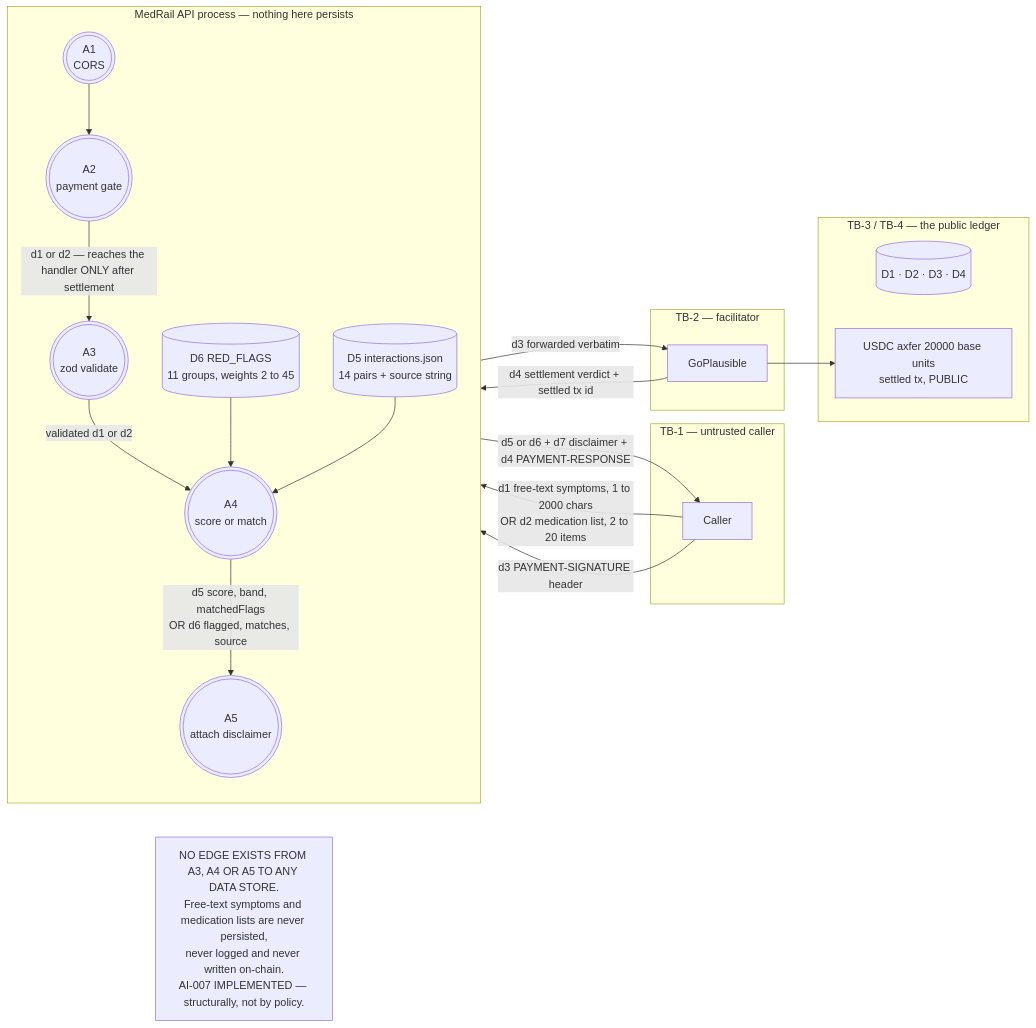
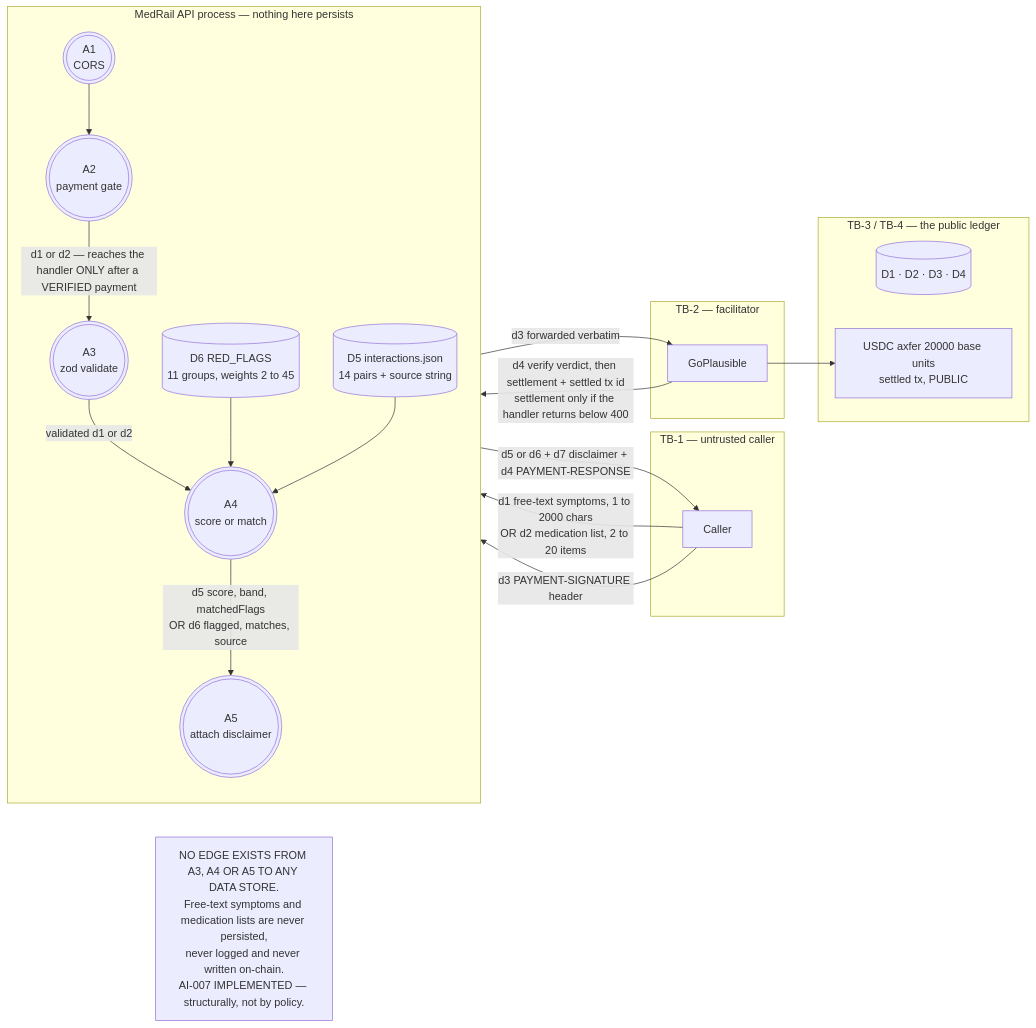
The third of 4 diagrams in docs/03_Architecture/Data_Flow_Diagrams.md (Hydra-Of-Malice/Medrail), drawn with Mermaid before and after one commit. The commit also changed other lines of this file and 77 other files, not shown here.

````diff
--- a/docs/03_Architecture/Data_Flow_Diagrams.md
+++ b/docs/03_Architecture/Data_Flow_Diagrams.md
@@ -193,41 +185,41 @@
 ```mermaid
 flowchart LR
     subgraph TB1["TB-1 — untrusted caller"]
         C["Caller"]
     end
 
     subgraph API["MedRail API process — nothing here persists"]
         direction TB
         A1((("A1<br/>CORS")))
         A2((("A2<br/>payment gate")))
         A3((("A3<br/>zod validate")))
         A4((("A4<br/>score or match")))
         A5((("A5<br/>attach disclaimer")))
         DS1[("D6 RED_FLAGS<br/>11 groups, weights 2 to 45")]
         DS2[("D5 interactions.json<br/>14 pairs + source string")]
     end
 
     subgraph TB2["TB-2 — facilitator"]
         F["GoPlausible"]
     end
 
     subgraph TB34["TB-3 / TB-4 — the public ledger"]
         L[("D1 · D2 · D3 · D4")]
         PAY["USDC axfer 20000 base units<br/>settled tx, PUBLIC"]
     end
 
     C -->|"d1 free-text symptoms, 1 to 2000 chars<br/>OR d2 medication list, 2 to 20 items"| A1
     C -->|"d3 PAYMENT-SIGNATURE header"| A1
     A1 --> A2
     A2 -->|"d3 forwarded verbatim"| F
-    F -->|"d4 settlement verdict + settled tx id"| A2
+    F -->|"d4 verify verdict, then settlement + settled tx id<br/>settlement only if the handler returns below 400"| A2
     F --> PAY
-    A2 -->|"d1 or d2 — reaches the handler ONLY after settlement"| A3
+    A2 -->|"d1 or d2 — reaches the handler ONLY after a VERIFIED payment"| A3
     A3 -->|"validated d1 or d2"| A4
     DS1 --> A4
     DS2 --> A4
     A4 -->|"d5 score, band, matchedFlags<br/>OR d6 flagged, matches, source"| A5
     A5 -->|"d5 or d6 + d7 disclaimer + d4 PAYMENT-RESPONSE"| C
 
     NOFLOW["NO EDGE EXISTS FROM A3, A4 OR A5 TO ANY DATA STORE.<br/>Free-text symptoms and medication lists are never persisted,<br/>never logged and never written on-chain.<br/>AI-007 IMPLEMENTED — structurally, not by policy."]
 ```
````
